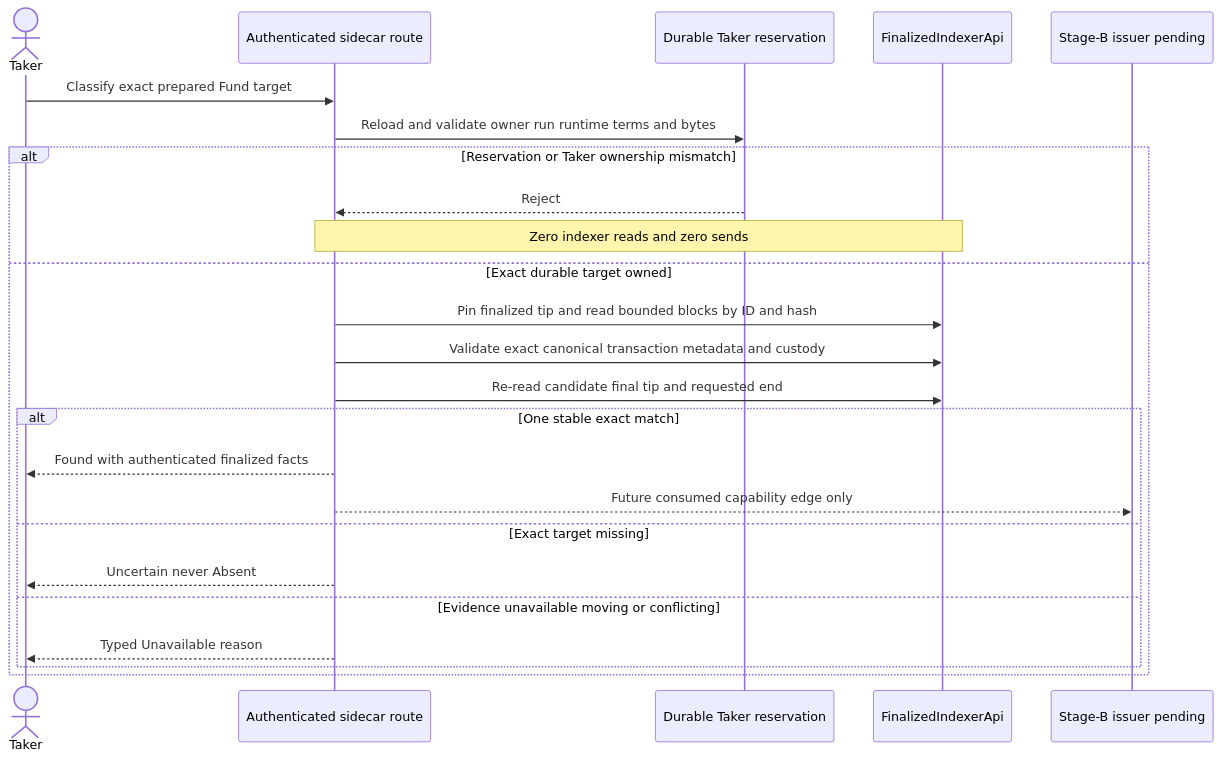
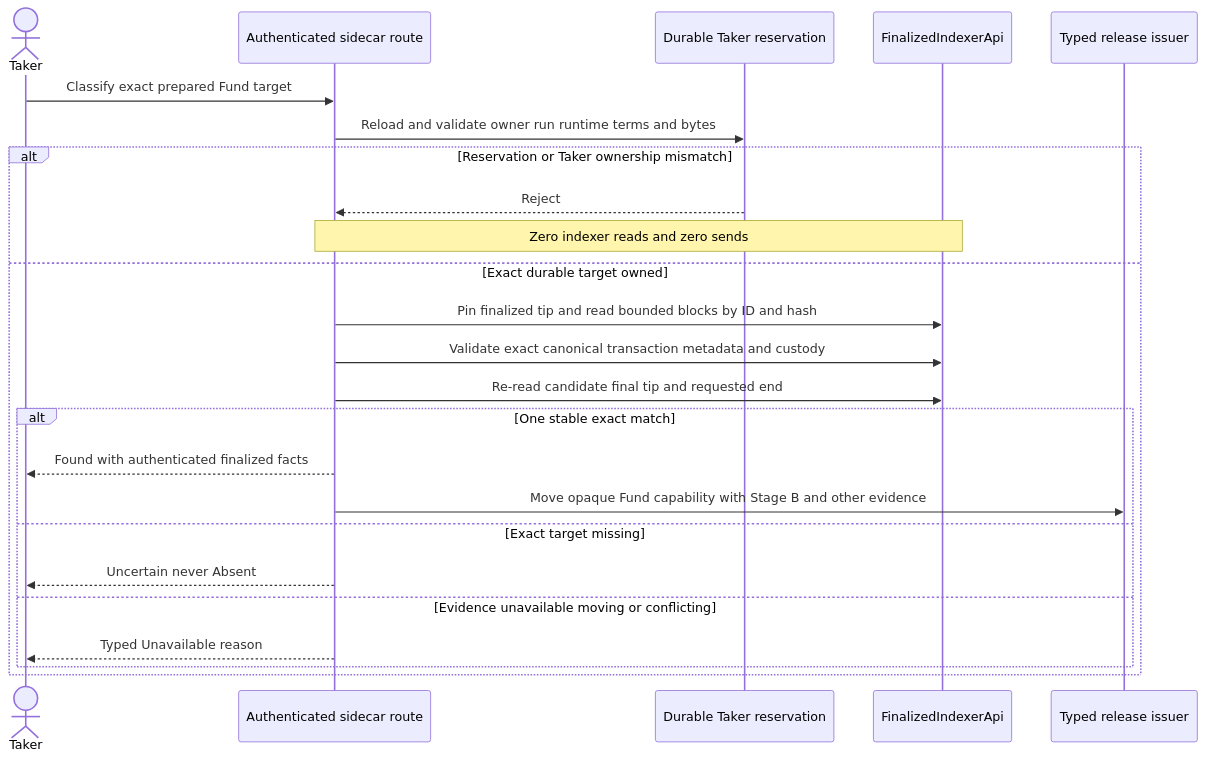
The second of 2 diagrams in docs/architecture/0061-classify-only-the-durable-xmr-fund-target.md (gateway-fm/lez-atomic-swaps), drawn with Mermaid before and after one commit. The commit also changed other lines of this file and 21 other files, not shown here.

Commit message:
feat(m4): bind XMR release to opaque evidence

````diff
--- a/docs/architecture/0061-classify-only-the-durable-xmr-fund-target.md
+++ b/docs/architecture/0061-classify-only-the-durable-xmr-fund-target.md
@@ -96,27 +98,27 @@
 ```mermaid
 sequenceDiagram
     actor Taker
     participant Route as Authenticated sidecar route
     participant Store as Durable Taker reservation
     participant Indexer as FinalizedIndexerApi
-    participant Issuer as Stage-B issuer pending
+    participant Issuer as Typed release issuer
 
     Taker->>Route: Classify exact prepared Fund target
     Route->>Store: Reload and validate owner run runtime terms and bytes
     alt Reservation or Taker ownership mismatch
         Store-->>Route: Reject
         Note over Route,Indexer: Zero indexer reads and zero sends
     else Exact durable target owned
         Route->>Indexer: Pin finalized tip and read bounded blocks by ID and hash
         Route->>Indexer: Validate exact canonical transaction metadata and custody
         Route->>Indexer: Re-read candidate final tip and requested end
         alt One stable exact match
             Route-->>Taker: Found with authenticated finalized facts
-            Route-->>Issuer: Future consumed capability edge only
+            Route->>Issuer: Move opaque Fund capability with Stage B and other evidence
         else Exact target missing
             Route-->>Taker: Uncertain never Absent
         else Evidence unavailable moving or conflicting
             Route-->>Taker: Typed Unavailable reason
         end
     end
 ```
````
